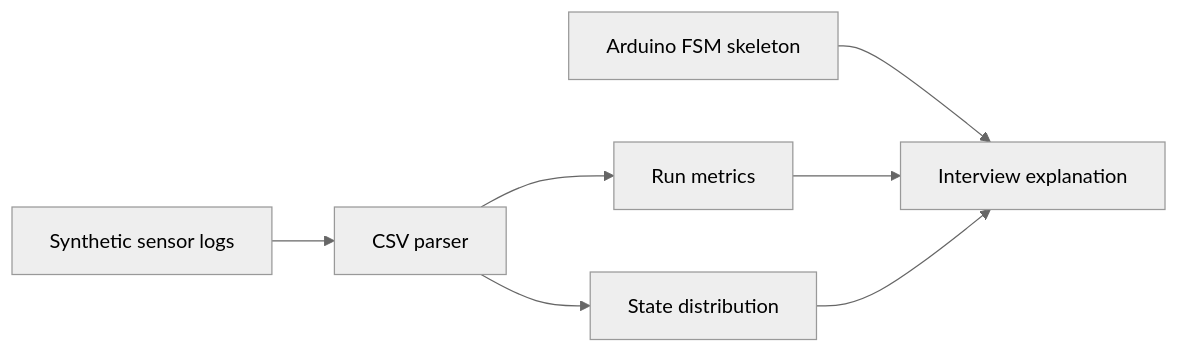
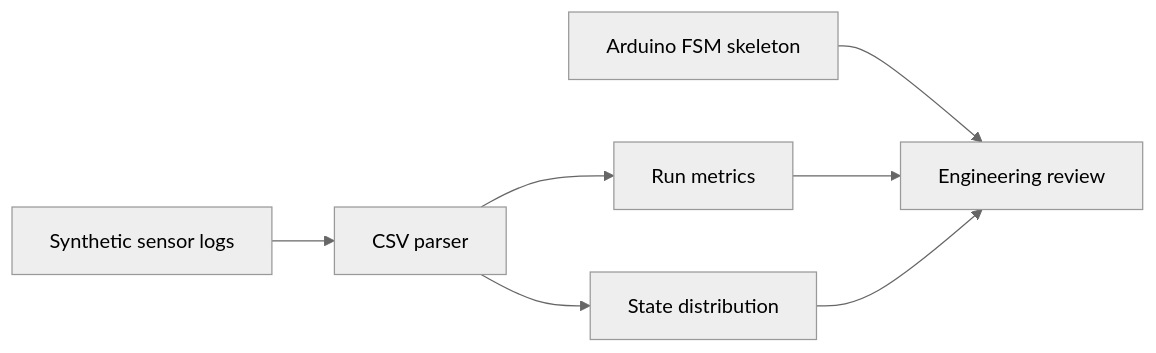
One commit to zihanshen29/arduino-mega-pick-place-showcase changed the diagram in docs/architecture.md. Above: the diagram before and after it, drawn with Mermaid (neutral theme). The commit also changed other lines of this file and 4 other files, not shown here.

````diff
--- a/docs/architecture.md
+++ b/docs/architecture.md
@@ -3,9 +3,9 @@
 ```mermaid
 flowchart LR
     A["Synthetic sensor logs"] --> B["CSV parser"]
     B --> C["Run metrics"]
     B --> D["State distribution"]
-    E["Arduino FSM skeleton"] --> F["Interview explanation"]
+    E["Arduino FSM skeleton"] --> F["Engineering review"]
     C --> F
     D --> F
 ```
````
